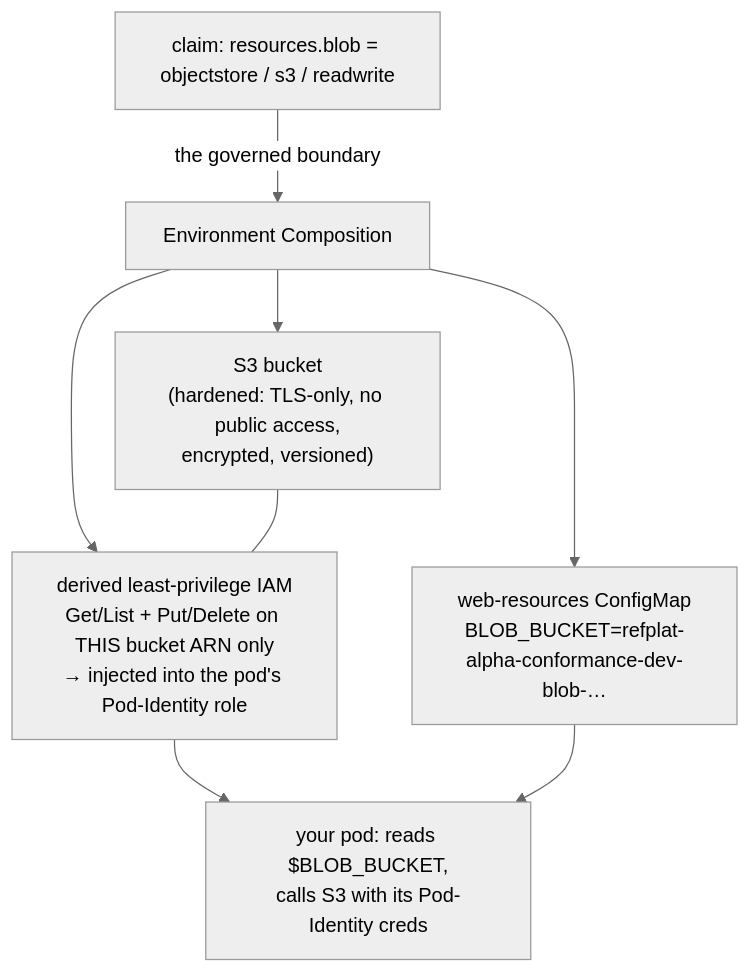
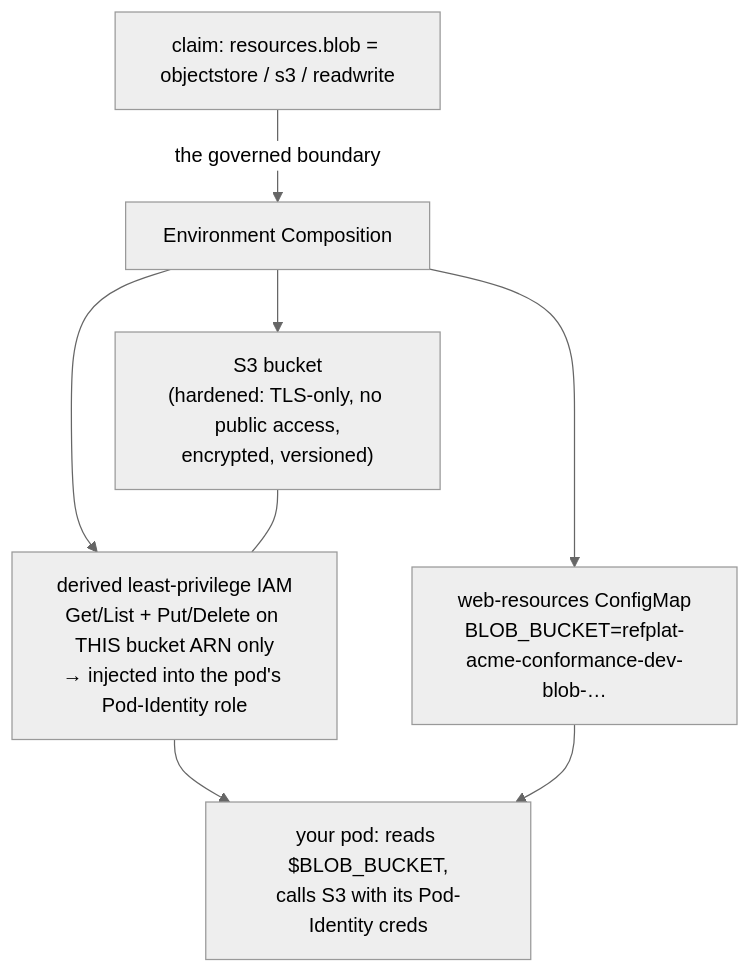
One commit to asanexample/platform changed the diagram in docs/learn/self-service-resources/orientation.md. Above: the diagram before and after it, drawn with Mermaid (neutral theme). The commit also changed other lines of this file and 101 other files, not shown here.

First line of the commit message:
docs(learn): coherence + human-voice rewrite + Claude-designed diagrams

````diff
--- a/docs/learn/self-service-resources/orientation.md
+++ b/docs/learn/self-service-resources/orientation.md
@@ -93,11 +89,11 @@
 ```mermaid
 flowchart TD
     C["claim: resources.blob = objectstore / s3 / readwrite"]
     C -->|the governed boundary| P[Environment Composition]
     P --> R["S3 bucket<br/>(hardened: TLS-only, no public access,<br/>encrypted, versioned)"]
     P --> I["derived least-privilege IAM<br/>Get/List + Put/Delete on THIS bucket ARN only<br/>→ injected into the pod's Pod-Identity role"]
-    P --> M["web-resources ConfigMap<br/>BLOB_BUCKET=refplat-alpha-conformance-dev-blob-…"]
+    P --> M["web-resources ConfigMap<br/>BLOB_BUCKET=refplat-acme-conformance-dev-blob-…"]
     R --- I
     I --> APP["your pod: reads $BLOB_BUCKET,<br/>calls S3 with its Pod-Identity creds"]
     M --> APP
 ```
````
